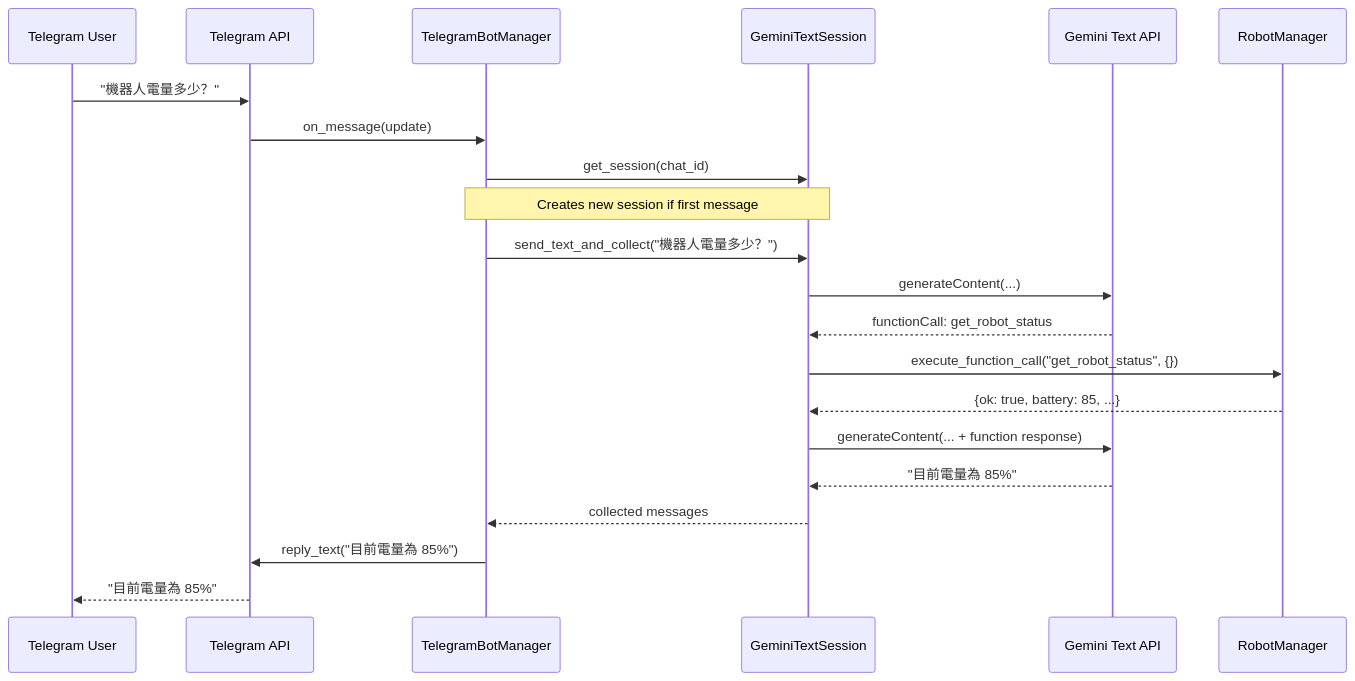
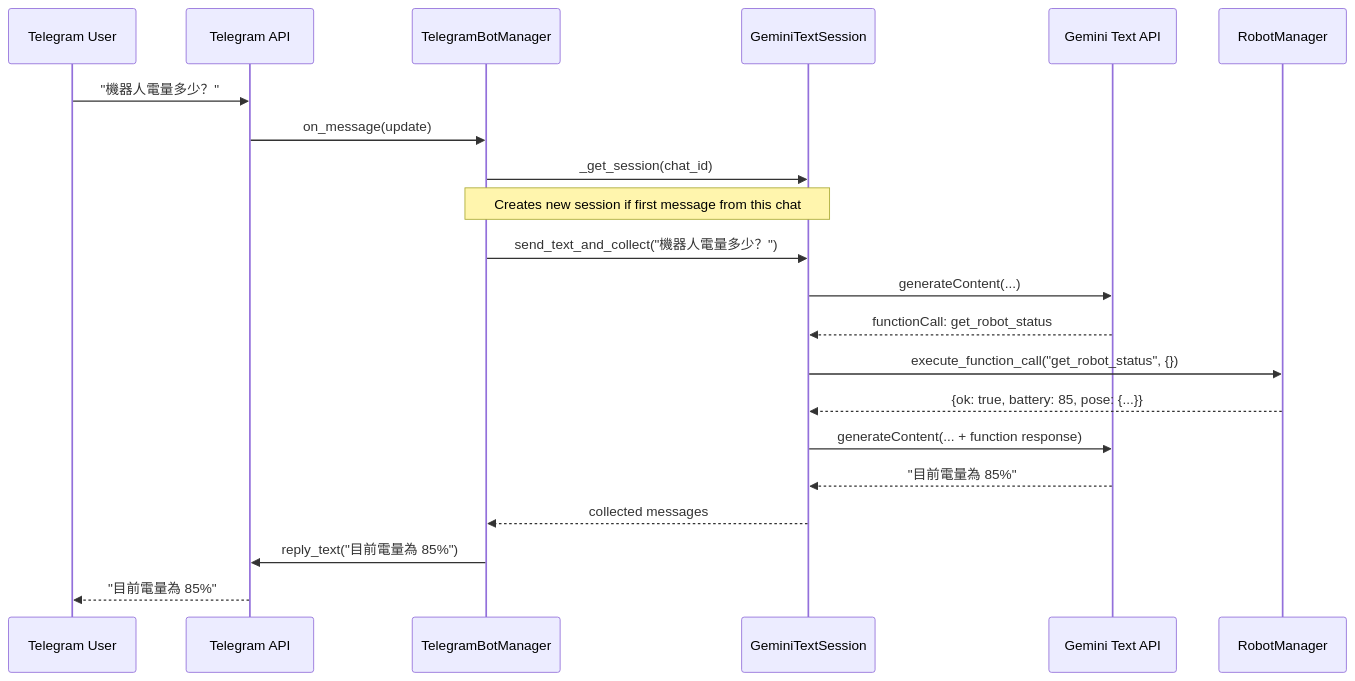
One commit to sigmarobotics/kachaka-gemini changed the tenth of 12 diagrams in docs/architecture.md. Above: the diagram before and after it, drawn with Mermaid. The commit also changed other lines of this file and 1 other file, not shown here.

First line of the commit message:
docs: rewrite README and architecture doc from codebase scan

````diff
--- a/docs/architecture.md
+++ b/docs/architecture.md
@@ -453,24 +745,24 @@
 ```mermaid
 sequenceDiagram
     participant User as Telegram User
     participant TG as Telegram API
     participant BOT as TelegramBotManager
     participant TXT as GeminiTextSession
     participant GEMINI as Gemini Text API
     participant RM as RobotManager
 
     User->>TG: "機器人電量多少？"
     TG->>BOT: on_message(update)
-    BOT->>TXT: get_session(chat_id)
-    Note over BOT,TXT: Creates new session if first message
+    BOT->>TXT: _get_session(chat_id)
+    Note over BOT,TXT: Creates new session if first message from this chat
     BOT->>TXT: send_text_and_collect("機器人電量多少？")
     TXT->>GEMINI: generateContent(...)
     GEMINI-->>TXT: functionCall: get_robot_status
     TXT->>RM: execute_function_call("get_robot_status", {})
-    RM-->>TXT: {ok: true, battery: 85, ...}
+    RM-->>TXT: {ok: true, battery: 85, pose: {...}}
     TXT->>GEMINI: generateContent(... + function response)
     GEMINI-->>TXT: "目前電量為 85%"
     TXT-->>BOT: collected messages
     BOT->>TG: reply_text("目前電量為 85%")
     TG-->>User: "目前電量為 85%"
 ```
````
